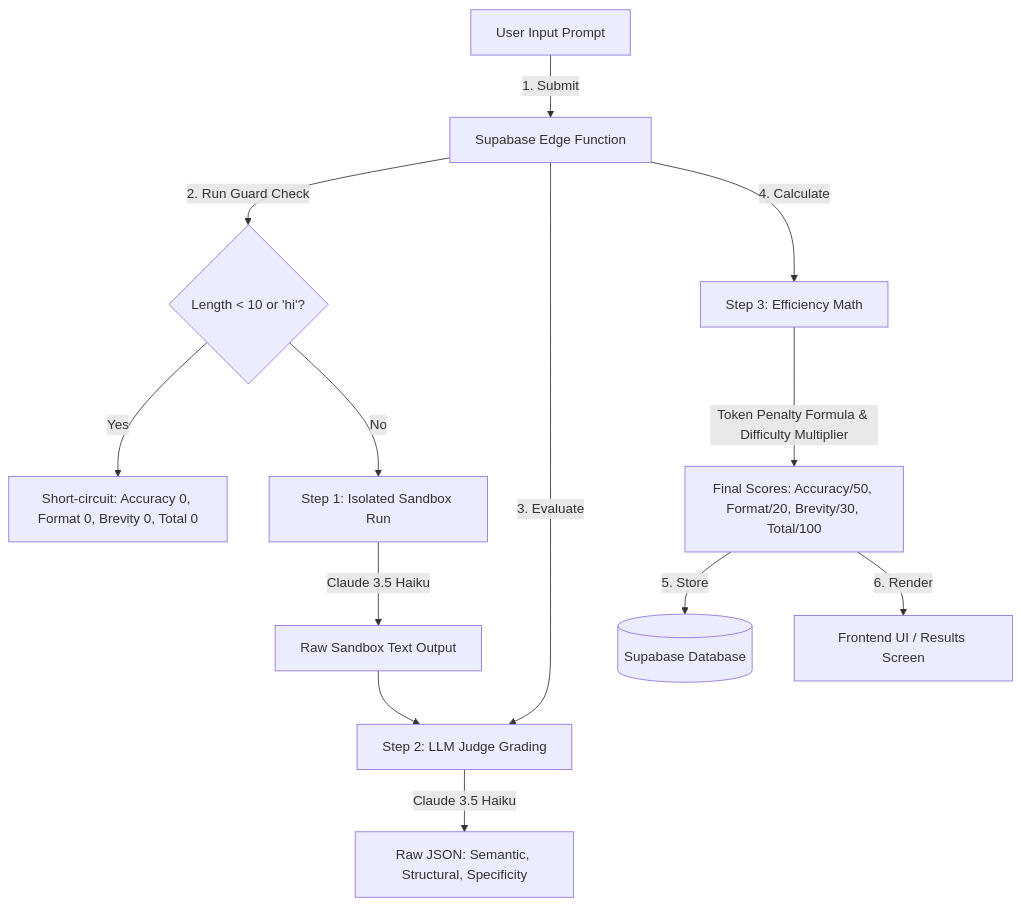
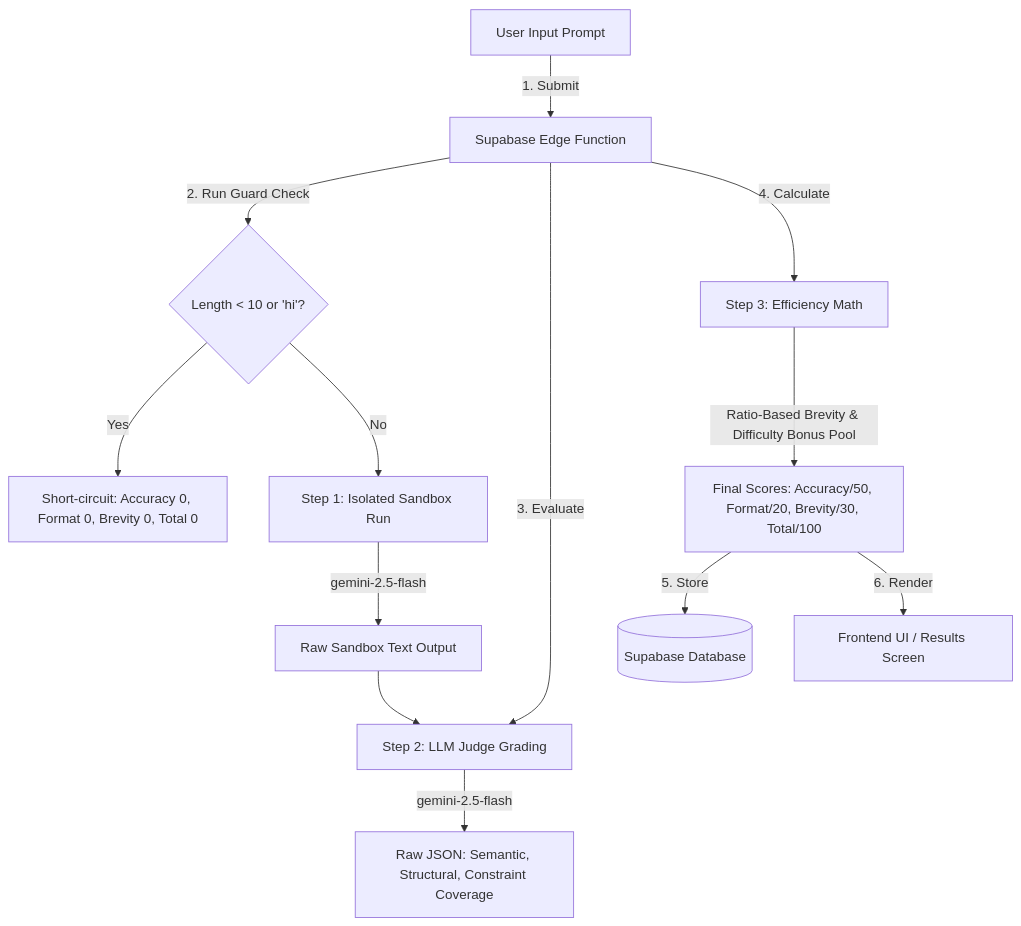
One commit to Smriti-kinra/PromptShot changed the diagram in guidelines/evaluation/README.md. Above: the diagram before and after it, drawn with Mermaid. The commit also changed other lines of this file and 24 other files, not shown here.

Commit message:
feat: overhaul scoring engine with new constraint coverage metric, updated brevity logic, and resource tracking for challenges.

````diff
--- a/guidelines/evaluation/README.md
+++ b/guidelines/evaluation/README.md
@@ -11,22 +11,22 @@
 ```mermaid
 graph TD
     User[User Input Prompt] -->|1. Submit| Server[Supabase Edge Function]
     Server -->|2. Run Guard Check| Guard{Length < 10 or 'hi'? }
     
     %% Guard branch
     Guard -- Yes --> ShortCircuit[Short-circuit: Accuracy 0, Format 0, Brevity 0, Total 0]
     
     %% Normal branch
     Guard -- No --> Step1[Step 1: Isolated Sandbox Run]
-    Step1 -->|Claude 3.5 Haiku| SandboxOutput[Raw Sandbox Text Output]
+    Step1 -->|gemini-2.5-flash| SandboxOutput[Raw Sandbox Text Output]
     
     Server -->|3. Evaluate| Step2[Step 2: LLM Judge Grading]
     SandboxOutput --> Step2
-    Step2 -->|Claude 3.5 Haiku| JudgeJSON[Raw JSON: Semantic, Structural, Specificity]
+    Step2 -->|gemini-2.5-flash| JudgeJSON[Raw JSON: Semantic, Structural, Constraint Coverage]
     
     Server -->|4. Calculate| Math[Step 3: Efficiency Math]
-    Math -->|Token Penalty Formula & Difficulty Multiplier| FinalScores[Final Scores: Accuracy/50, Format/20, Brevity/30, Total/100]
+    Math -->|Ratio-Based Brevity & Difficulty Bonus Pool| FinalScores[Final Scores: Accuracy/50, Format/20, Brevity/30, Total/100]
     
     FinalScores -->|5. Store| DB[(Supabase Database)]
     FinalScores -->|6. Render| UI[Frontend UI / Results Screen]
 ```
````
